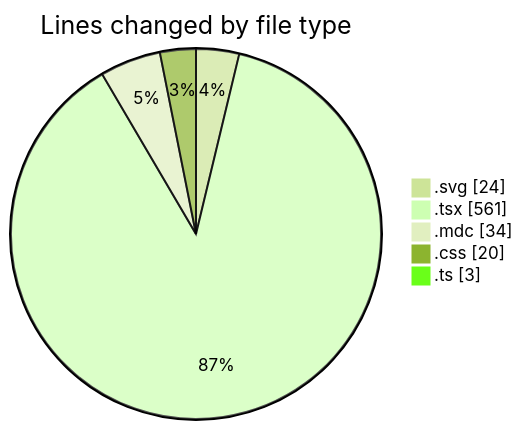
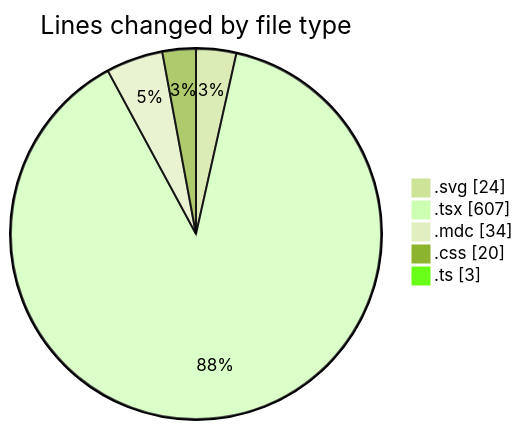
The first of 2 diagrams in 2025-07-18/ribbon/README.md (EIIisD/code-tracking), drawn with Mermaid (forest theme) before and after one commit. The commit also changed other lines of this file and 1 other file, not shown here.

````diff
--- a/2025-07-18/ribbon/README.md
+++ b/2025-07-18/ribbon/README.md
@@ -25,9 +25,9 @@
 ```mermaid
 pie showData
 title Lines changed by file type
 ".svg" : 24
-".tsx" : 561
+".tsx" : 607
 ".mdc" : 34
 ".css" : 20
 ".ts" : 3
 ```
````
